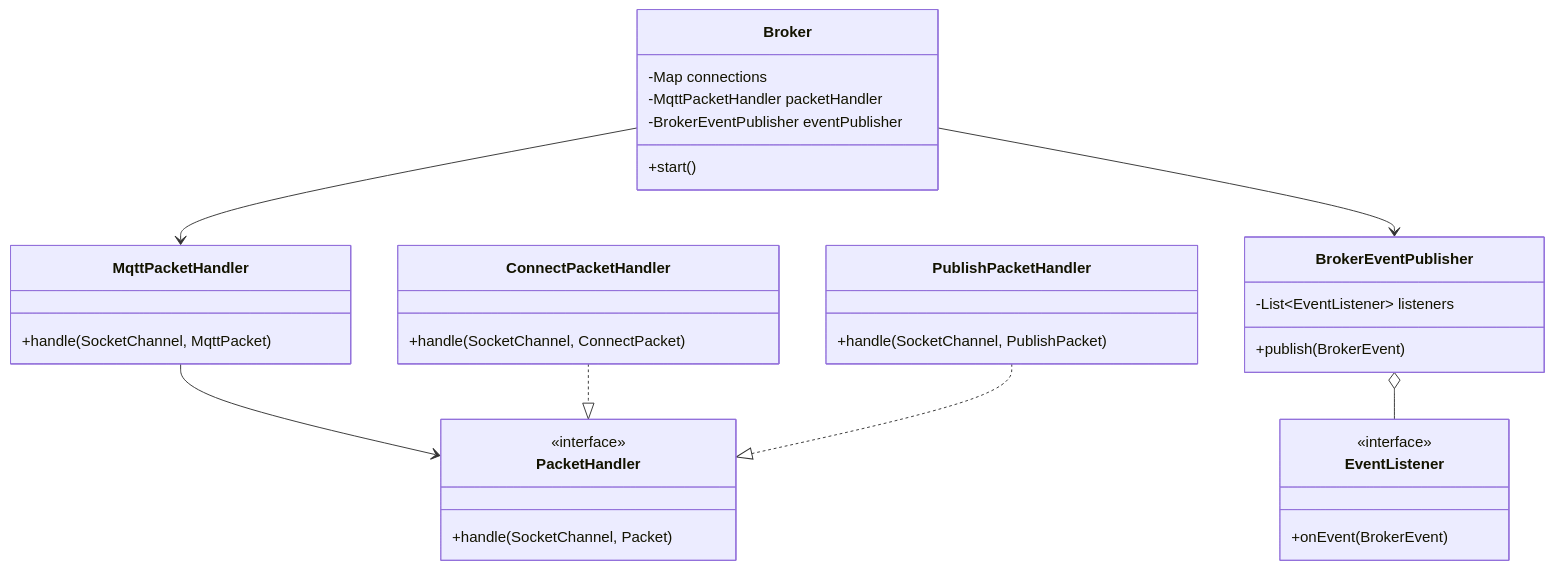
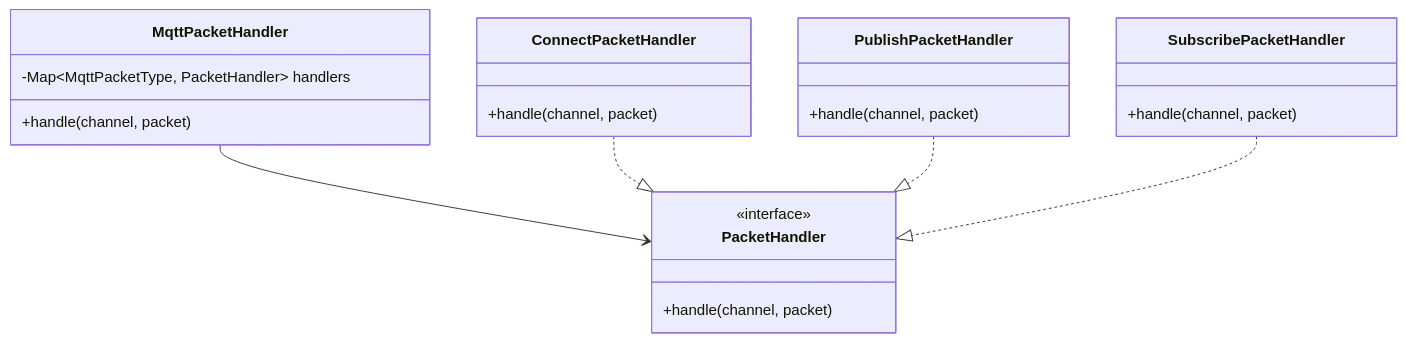
One commit to karolbystrek/mqtt-broker changed the fourth of 7 diagrams in README.md. Above: the diagram before and after it, drawn with Mermaid. The commit also changed other lines of this file, not shown here.

````diff
--- a/README.md
+++ b/README.md
@@ -72,43 +136,25 @@
 ```mermaid
 classDiagram
-    class Broker {
-        -Map connections
-        -MqttPacketHandler packetHandler
-        -BrokerEventPublisher eventPublisher
-        +start()
+    class MqttPacketHandler {
+        -Map~MqttPacketType, PacketHandler~ handlers
+        +handle(channel, packet)
+    }
+    class PacketHandler {
+        <<interface>>
+        +handle(channel, packet)
+    }
+    class ConnectPacketHandler {
+        +handle(channel, packet)
+    }
+    class PublishPacketHandler {
+        +handle(channel, packet)
+    }
+    class SubscribePacketHandler {
+        +handle(channel, packet)
     }
     
-    class MqttPacketHandler {
-        +handle(SocketChannel, MqttPacket)
-    }
-    
-    class PacketHandler {
-        <<interface>>
-        +handle(SocketChannel, Packet)
-    }
-    
-    class ConnectPacketHandler {
-        +handle(SocketChannel, ConnectPacket)
-    }
-    
-    class PublishPacketHandler {
-        +handle(SocketChannel, PublishPacket)
-    }
-    
-    class BrokerEventPublisher {
-        -List~EventListener~ listeners
-        +publish(BrokerEvent)
-    }
-    
-    class EventListener {
-        <<interface>>
-        +onEvent(BrokerEvent)
-    }
-    
-    Broker --> MqttPacketHandler
-    Broker --> BrokerEventPublisher
     MqttPacketHandler --> PacketHandler
     ConnectPacketHandler ..|> PacketHandler
     PublishPacketHandler ..|> PacketHandler
-    BrokerEventPublisher o-- EventListener
+    SubscribePacketHandler ..|> PacketHandler
 ```
````
